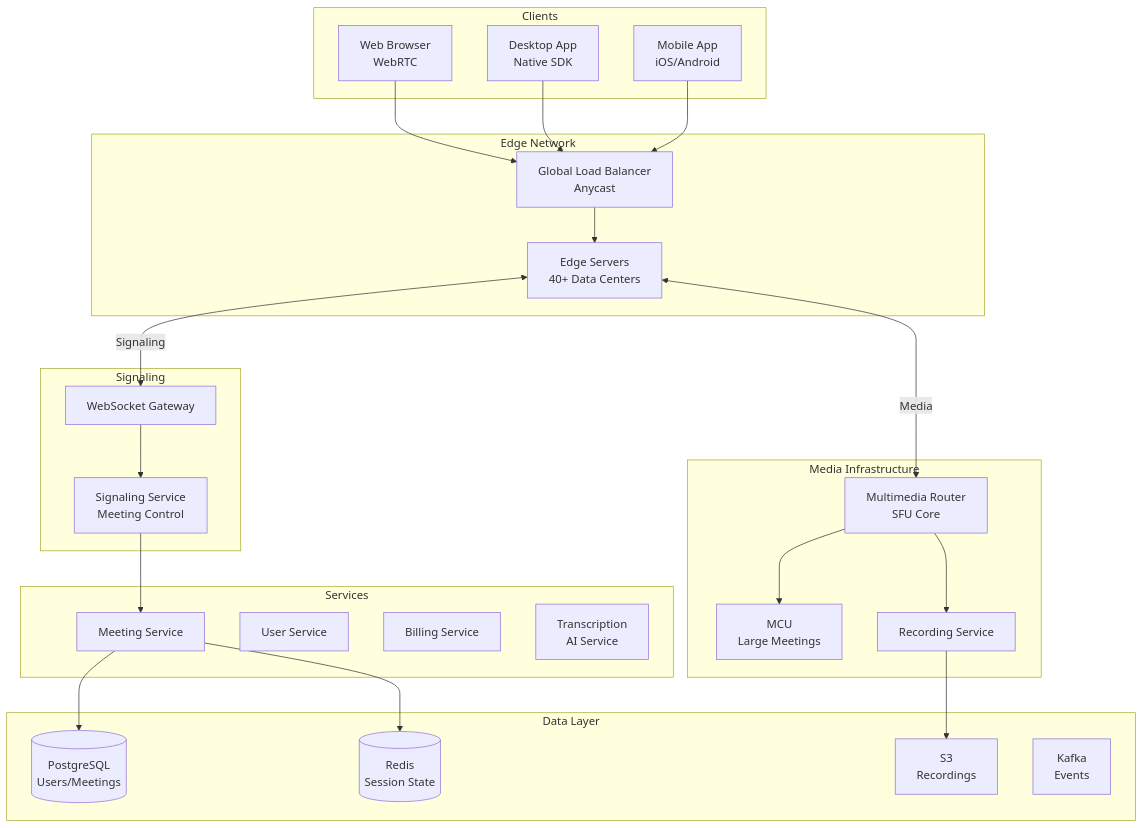
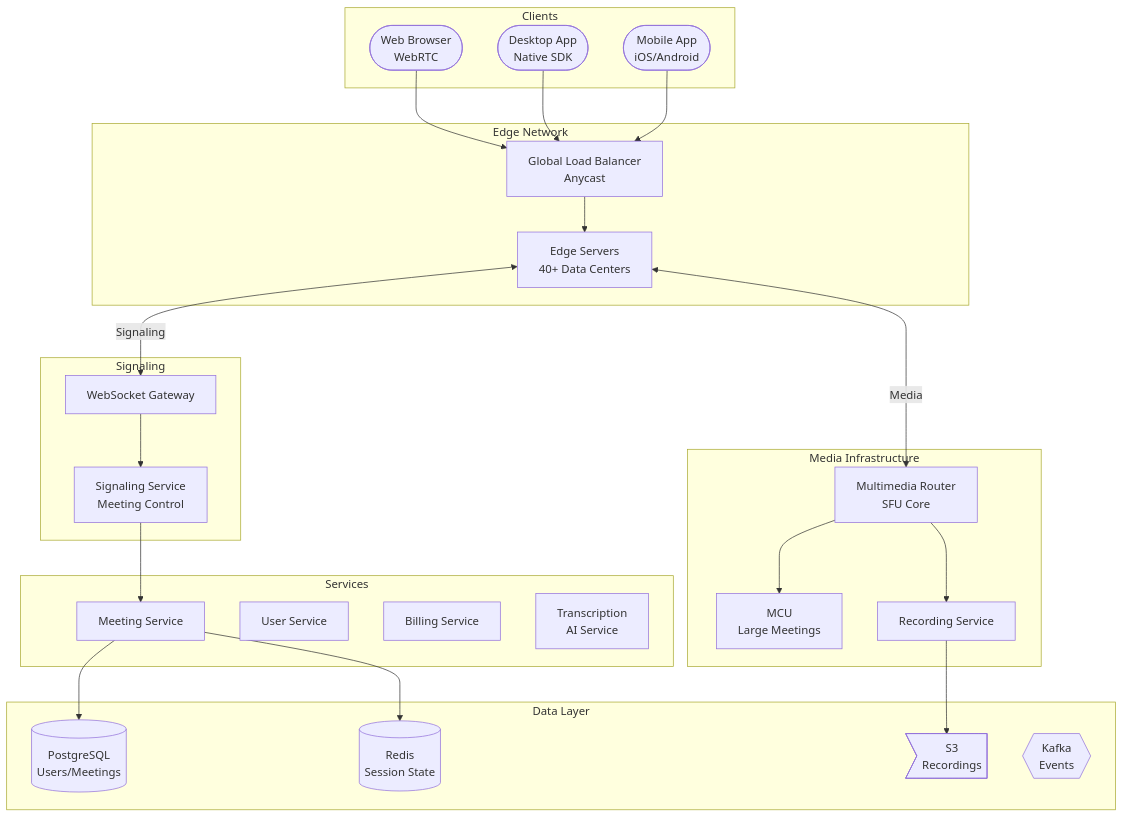
Before and after one commit to ShanmugaGanesh1999/Portfolio: the diagram in docs/prep/System Design/06-Case-Studies/23-zoom.md, drawn with Mermaid. The commit also changed 40 other files, not shown here.

First line of the commit message:
Refactor diagram node rendering to use reusable shape components

````diff
--- a/docs/prep/System Design/06-Case-Studies/23-zoom.md
+++ b/docs/prep/System Design/06-Case-Studies/23-zoom.md
@@ -54,52 +54,52 @@
 ```mermaid
 graph TD
     subgraph Clients
-        WEB[Web Browser<br/>WebRTC]
-        DESKTOP[Desktop App<br/>Native SDK]
-        MOBILE[Mobile App<br/>iOS/Android]
+        WEB([Web Browser<br/>WebRTC])
+        DESKTOP([Desktop App<br/>Native SDK])
+        MOBILE([Mobile App<br/>iOS/Android])
     end
     
     subgraph Edge Network
         LB[Global Load Balancer<br/>Anycast]
         EDGE[Edge Servers<br/>40+ Data Centers]
     end
     
     subgraph Signaling
         WS[WebSocket Gateway]
         SIG[Signaling Service<br/>Meeting Control]
     end
     
     subgraph Media Infrastructure
         MMR[Multimedia Router<br/>SFU Core]
         MCU[MCU<br/>Large Meetings]
         REC[Recording Service]
     end
     
     subgraph Services
         MEET[Meeting Service]
         USER[User Service]
         BILLING[Billing Service]
         TRANS[Transcription<br/>AI Service]
     end
     
     subgraph Data Layer
         PG[(PostgreSQL<br/>Users/Meetings)]
         REDIS[(Redis<br/>Session State)]
-        S3[S3<br/>Recordings]
-        KAFKA[Kafka<br/>Events]
+        S3>S3<br/>Recordings]
+        KAFKA{{Kafka<br/>Events}}
     end
     
     WEB --> LB
     DESKTOP --> LB
     MOBILE --> LB
     LB --> EDGE
     EDGE <-->|Signaling| WS
     EDGE <-->|Media| MMR
     WS --> SIG
     SIG --> MEET
     MMR --> MCU
     MMR --> REC
     MEET --> PG
     MEET --> REDIS
     REC --> S3
 ```
````
